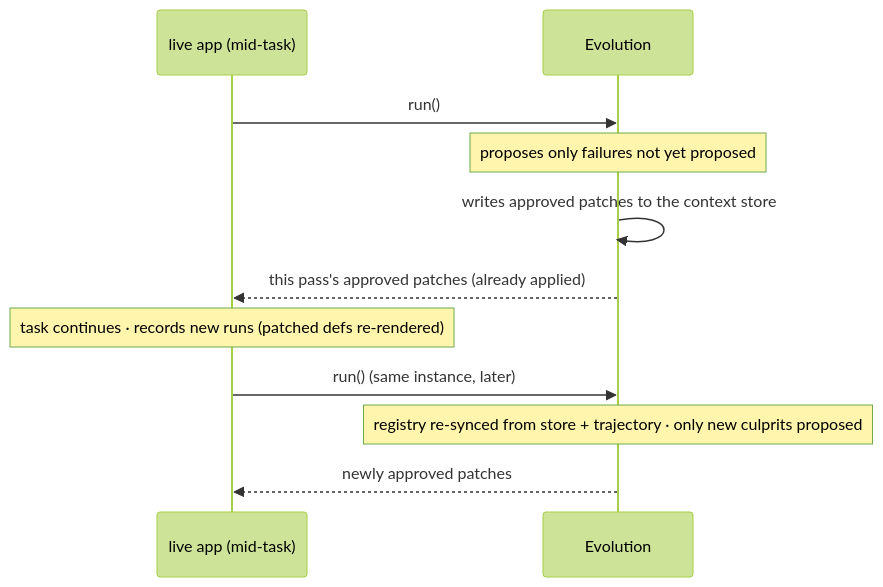
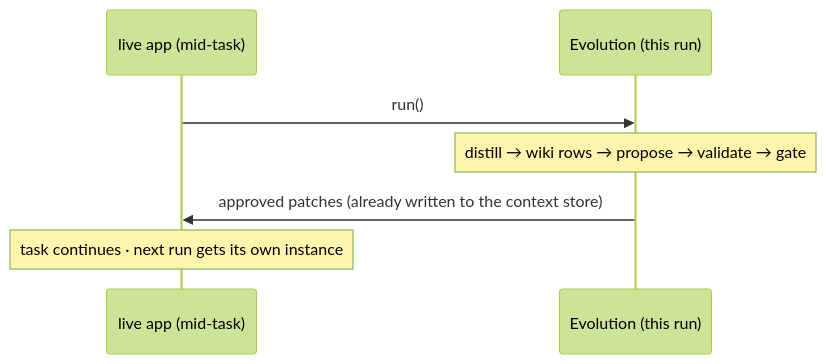
Before and after one commit to Ajaya1000/llmx: the third of 3 diagrams in packages/evolution/WIRING.md, drawn with Mermaid (forest theme). The commit also changed other lines of this file and 26 other files, not shown here.

````diff
--- a/packages/evolution/WIRING.md
+++ b/packages/evolution/WIRING.md
@@ -64,13 +72,9 @@
 ```mermaid
 sequenceDiagram
     participant App as live app (mid-task)
-    participant Evo as Evolution
+    participant Evo as Evolution (this run)
     App->>Evo: run()
-    Note over Evo: proposes only failures not yet proposed
-    Evo->>Evo: writes approved patches to the context store
-    Evo-->>App: this pass's approved patches (already applied)
-    Note over App: task continues · records new runs (patched defs re-rendered)
-    App->>Evo: run() (same instance, later)
-    Note over Evo: registry re-synced from store + trajectory · only new culprits proposed
-    Evo-->>App: newly approved patches
+    Note over Evo: distill → wiki rows → propose → validate → gate
+    Evo->>App: approved patches (already written to the context store)
+    Note over App: task continues · next run gets its own instance
 ```
````
